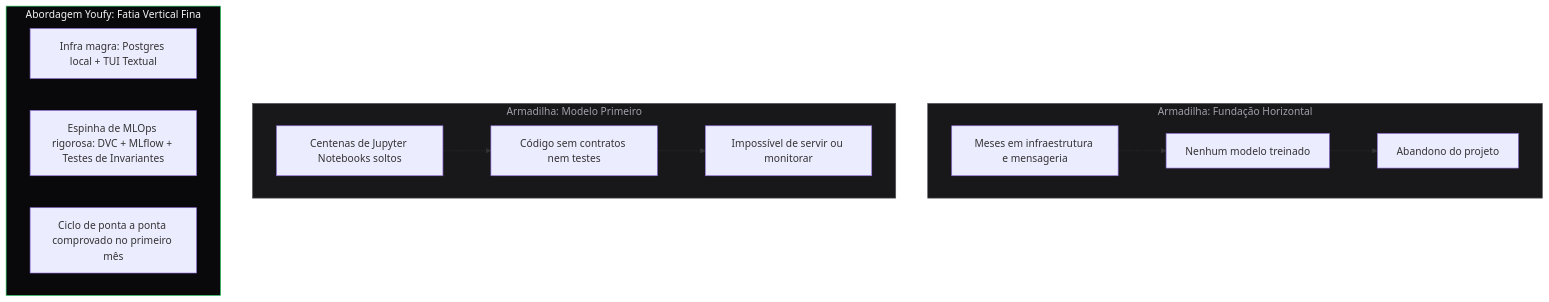
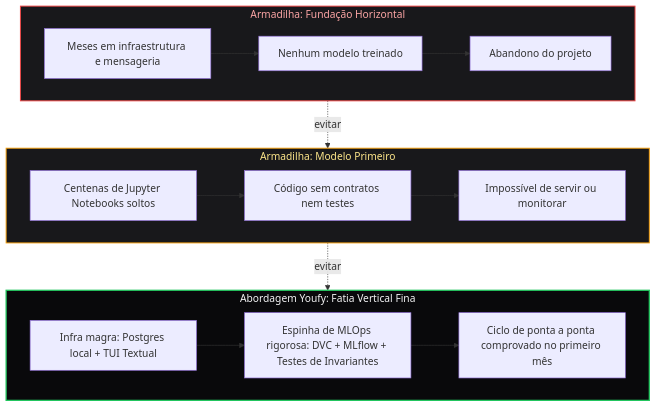
One commit to Oseiasdfarias/youfy changed the fourth of 4 diagrams in docs/arquitetura/decisoes.md. Above: the diagram before and after it, drawn with Mermaid. The commit also changed 1 other file, not shown here.

Commit message:
style(diagrams): empilhar secao 4 estritamente na vertical e redesenhar arquitetura ponta a ponta

````diff
--- a/docs/arquitetura/decisoes.md
+++ b/docs/arquitetura/decisoes.md
@@ -96,20 +96,21 @@
 ```mermaid
 flowchart TD
     subgraph S_FH["Armadilha: Fundação Horizontal"]
-        FH1["Meses em infraestrutura e mensageria"] -.-> FH2["Nenhum modelo treinado"] -.-> FH3["Abandono do projeto"]
+        FH1["Meses em infraestrutura e mensageria"] --> FH2["Nenhum modelo treinado"] --> FH3["Abandono do projeto"]
     end
 
     subgraph S_MP["Armadilha: Modelo Primeiro"]
-        MP1["Centenas de Jupyter Notebooks soltos"] -.-> MP2["Código sem contratos nem testes"] -.-> MP3["Impossível de servir ou monitorar"]
+        MP1["Centenas de Jupyter Notebooks soltos"] --> MP2["Código sem contratos nem testes"] --> MP3["Impossível de servir ou monitorar"]
     end
 
     subgraph S_YF["Abordagem Youfy: Fatia Vertical Fina"]
-        Y1["Infra magra: Postgres local + TUI Textual"]
-        Y2["Espinha de MLOps rigorosa: DVC + MLflow + Testes de Invariantes"]
-        Y3["Ciclo de ponta a ponta comprovado no primeiro mês"]
+        Y1["Infra magra: Postgres local + TUI Textual"] --> Y2["Espinha de MLOps rigorosa: DVC + MLflow + Testes de Invariantes"] --> Y3["Ciclo de ponta a ponta comprovado no primeiro mês"]
     end
 
-    style S_FH fill:#18181b,stroke:#52525b,color:#a1a1aa
-    style S_MP fill:#18181b,stroke:#52525b,color:#a1a1aa
-    style S_YF fill:#09090b,stroke:#22c55e,color:#f4f4f5
+    S_FH -. "evitar" .-> S_MP
+    S_MP -. "evitar" .-> S_YF
+
+    style S_FH fill:#18181b,stroke:#ef4444,stroke-width:1.5px,color:#fca5a5
+    style S_MP fill:#18181b,stroke:#f59e0b,stroke-width:1.5px,color:#fde68a
+    style S_YF fill:#09090b,stroke:#22c55e,stroke-width:2px,color:#f4f4f5
 ```
````
